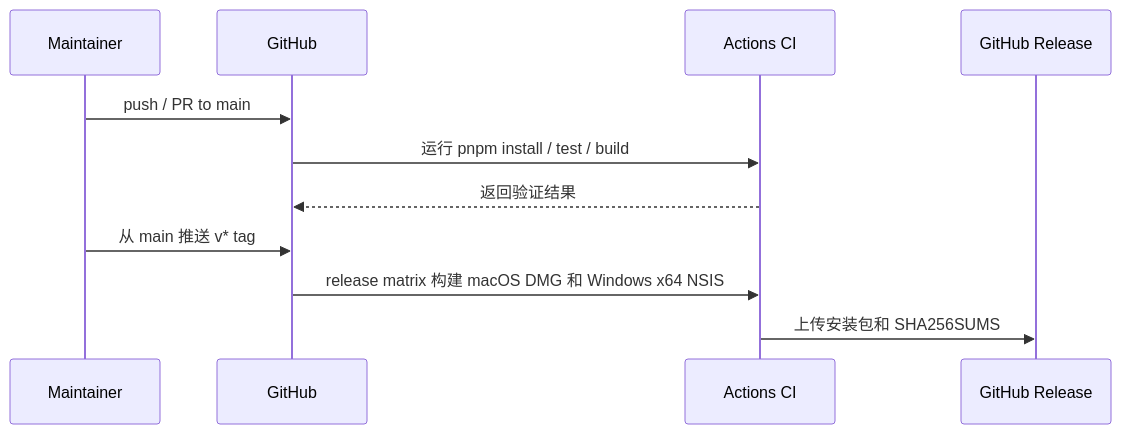
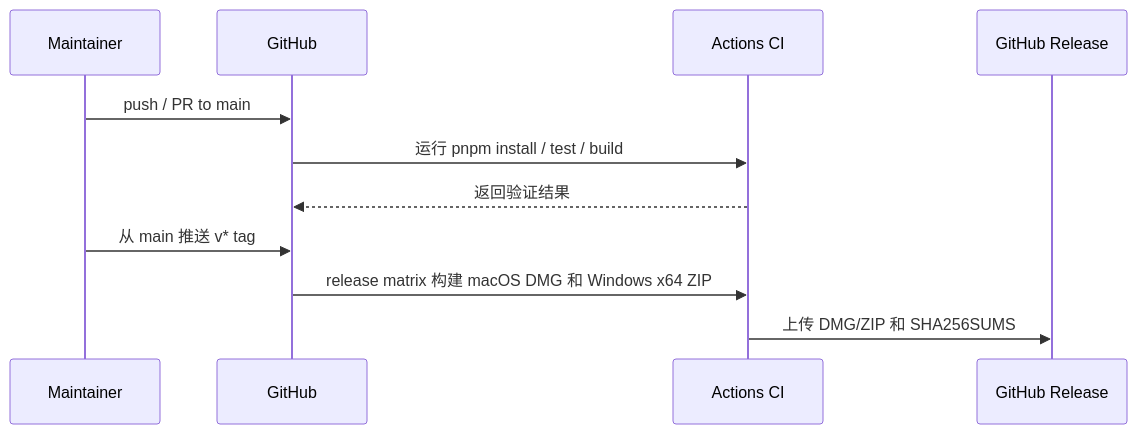
Before and after one commit to landvd/OLT-Manager: the seventh of 7 diagrams in docs/design/sequence.md, drawn with Mermaid. The commit also changed other lines of this file and 9 other files, not shown here.

Commit message:
release: prepare v1.0.1 zip-only win7 build

````diff
--- a/docs/design/sequence.md
+++ b/docs/design/sequence.md
@@ -154,14 +155,14 @@
 ```mermaid
 sequenceDiagram
   participant Maintainer as Maintainer
   participant GitHub as GitHub
   participant CI as Actions CI
   participant Release as GitHub Release
 
   Maintainer->>GitHub: push / PR to main
   GitHub->>CI: 运行 pnpm install / test / build
   CI-->>GitHub: 返回验证结果
   Maintainer->>GitHub: 从 main 推送 v* tag
-  GitHub->>CI: release matrix 构建 macOS DMG 和 Windows x64 NSIS
-  CI->>Release: 上传安装包和 SHA256SUMS
+  GitHub->>CI: release matrix 构建 macOS DMG 和 Windows x64 ZIP
+  CI->>Release: 上传 DMG/ZIP 和 SHA256SUMS
 ```
````
